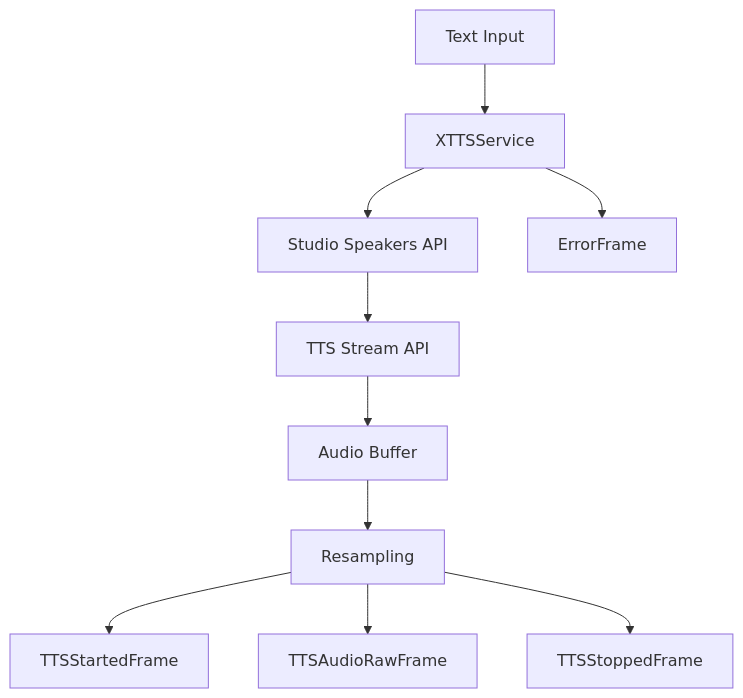
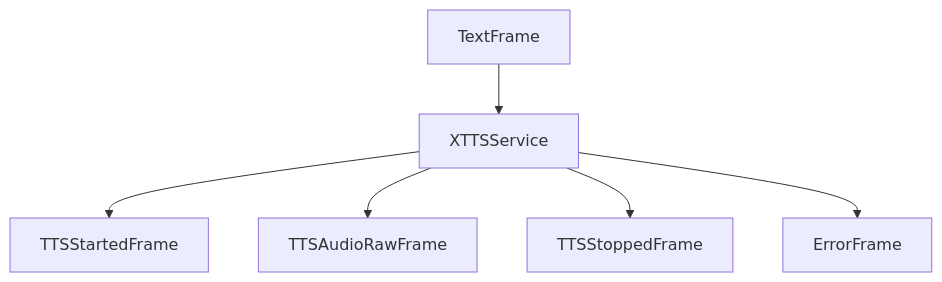
Before and after one commit to pipecat-ai/docs: the diagram in api-reference/services/tts/xtts.mdx, drawn with Mermaid. The commit also changed 25 other files, not shown here.

Commit message:
Clean up Frame Flow diagrams

````diff
--- a/api-reference/services/tts/xtts.mdx
+++ b/api-reference/services/tts/xtts.mdx
@@ -144,12 +144,8 @@
 ```mermaid
 graph TD
-    A[Text Input] --> B[XTTSService]
-    B --> C[Studio Speakers API]
-    C --> D[TTS Stream API]
-    D --> E[Audio Buffer]
-    E --> F[Resampling]
-    F --> G[TTSStartedFrame]
-    F --> H[TTSAudioRawFrame]
-    F --> I[TTSStoppedFrame]
+    A[TextFrame] --> B[XTTSService]
+    B --> G[TTSStartedFrame]
+    B --> H[TTSAudioRawFrame]
+    B --> I[TTSStoppedFrame]
     B --> J[ErrorFrame]
 ```
````
